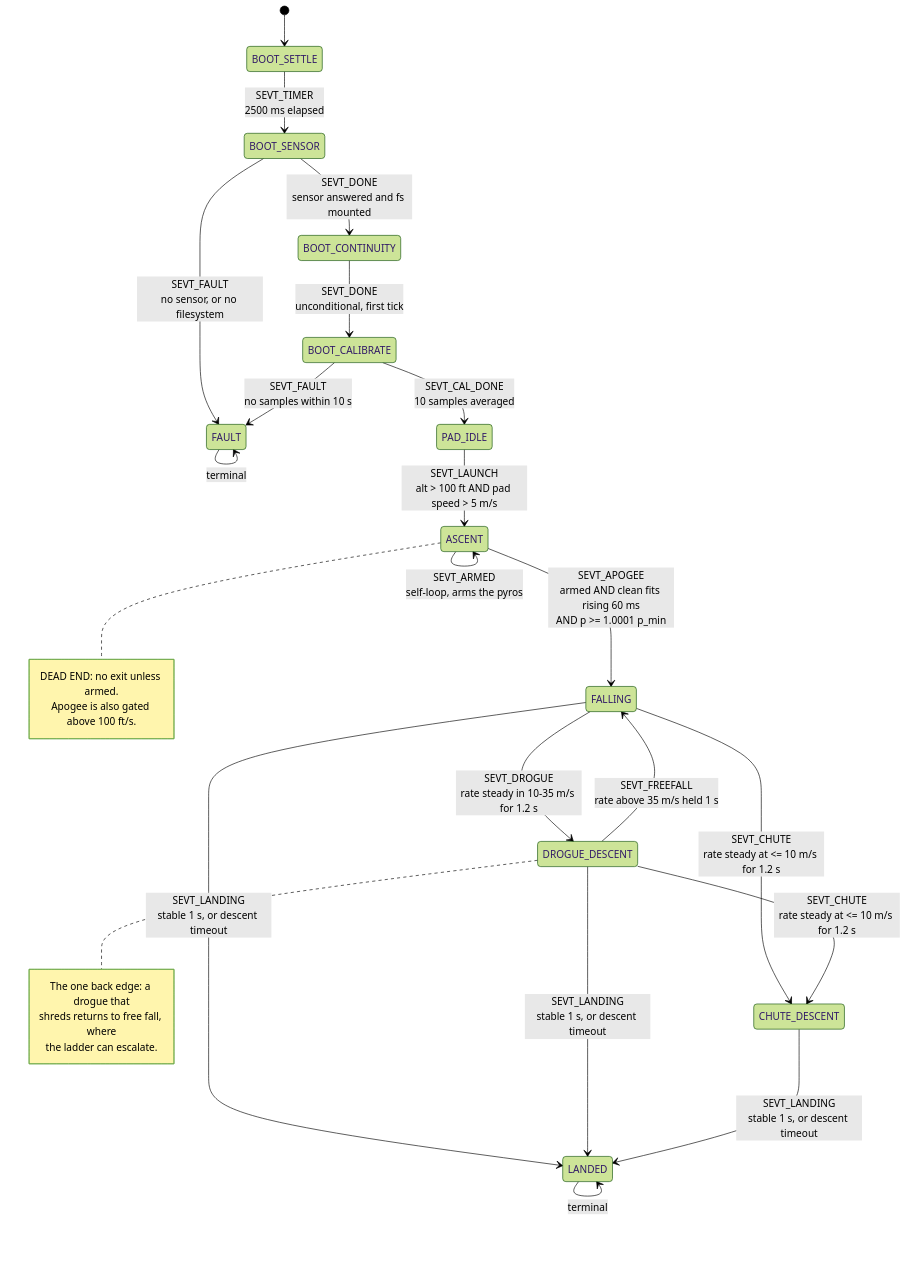
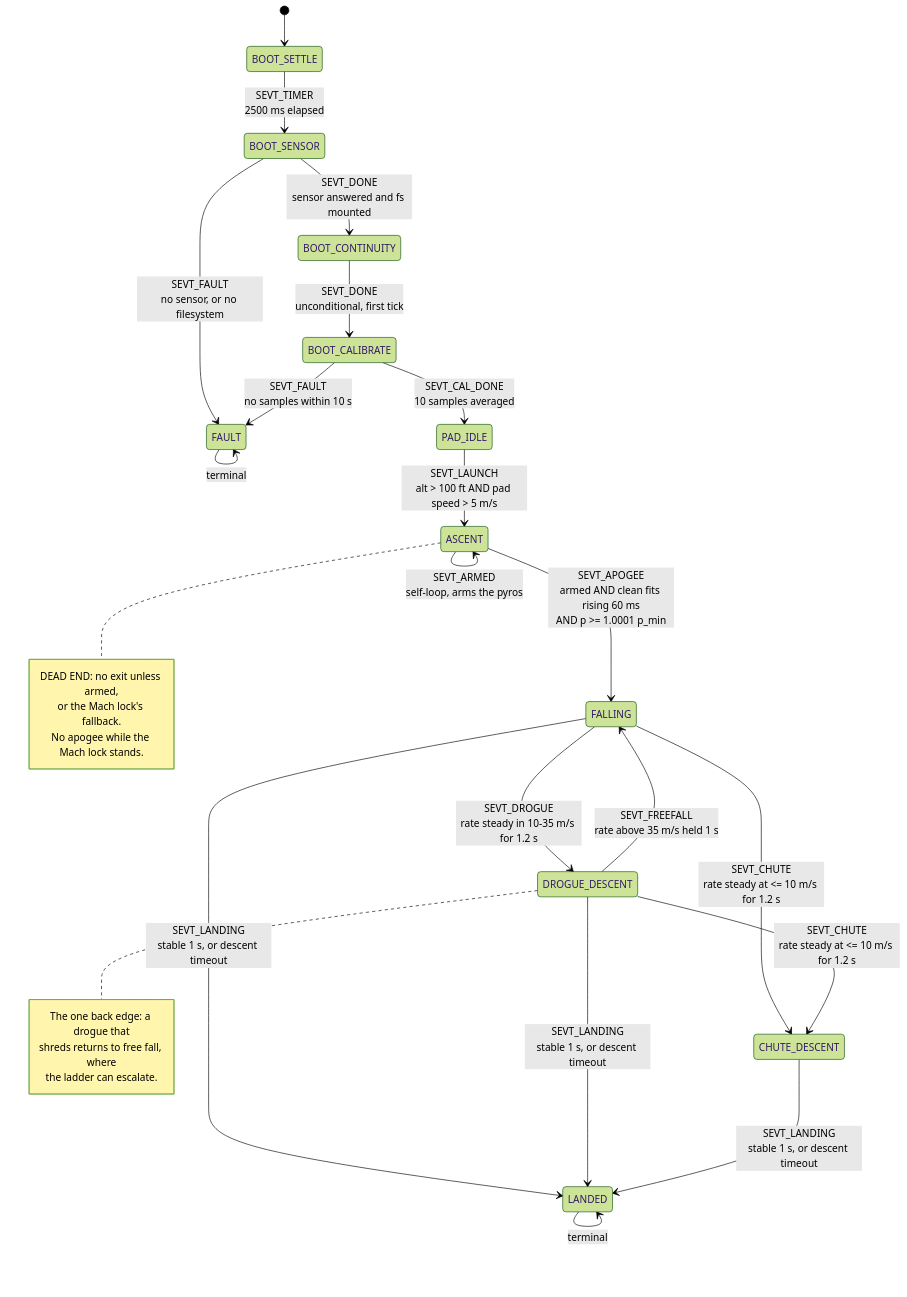
Before and after one commit to n9wxu/pyro_fw: the diagram in docs/flight_states.md, drawn with Mermaid (forest theme). The commit also changed other lines of this file and 18 other files, not shown here.

````diff
--- a/docs/flight_states.md
+++ b/docs/flight_states.md
@@ -61,38 +61,39 @@
 ```mermaid
 stateDiagram-v2
     direction TB
     [*] --> BOOT_SETTLE
 
     BOOT_SETTLE --> BOOT_SENSOR: SEVT_TIMER<br/>2500 ms elapsed
     BOOT_SENSOR --> BOOT_CONTINUITY: SEVT_DONE<br/>sensor answered and fs mounted
     BOOT_SENSOR --> FAULT: SEVT_FAULT<br/>no sensor, or no filesystem
     BOOT_CONTINUITY --> BOOT_CALIBRATE: SEVT_DONE<br/>unconditional, first tick
     BOOT_CALIBRATE --> PAD_IDLE: SEVT_CAL_DONE<br/>10 samples averaged
     BOOT_CALIBRATE --> FAULT: SEVT_FAULT<br/>no samples within 10 s
 
     PAD_IDLE --> ASCENT: SEVT_LAUNCH<br/>alt > 100 ft AND pad speed > 5 m/s
     ASCENT --> ASCENT: SEVT_ARMED<br/>self-loop, arms the pyros
     ASCENT --> FALLING: SEVT_APOGEE<br/>armed AND clean fits rising 60 ms<br/>AND p >= 1.0001 p_min
 
     FALLING --> DROGUE_DESCENT: SEVT_DROGUE<br/>rate steady in 10-35 m/s for 1.2 s
     FALLING --> CHUTE_DESCENT: SEVT_CHUTE<br/>rate steady at <= 10 m/s for 1.2 s
     DROGUE_DESCENT --> CHUTE_DESCENT: SEVT_CHUTE<br/>rate steady at <= 10 m/s for 1.2 s
     DROGUE_DESCENT --> FALLING: SEVT_FREEFALL<br/>rate above 35 m/s held 1 s
 
     FALLING --> LANDED: SEVT_LANDING<br/>stable 1 s, or descent timeout
     DROGUE_DESCENT --> LANDED: SEVT_LANDING<br/>stable 1 s, or descent timeout
     CHUTE_DESCENT --> LANDED: SEVT_LANDING<br/>stable 1 s, or descent timeout
 
     FAULT --> FAULT: terminal
     LANDED --> LANDED: terminal
 
     note right of ASCENT
-        DEAD END: no exit unless armed.
-        Apogee is also gated above 100 ft/s.
+        DEAD END: no exit unless armed,
+        or the Mach lock's fallback.
+        No apogee while the Mach lock stands.
     end note
     note right of DROGUE_DESCENT
         The one back edge: a drogue that
         shreds returns to free fall, where
         the ladder can escalate.
     end note
 ```
````
